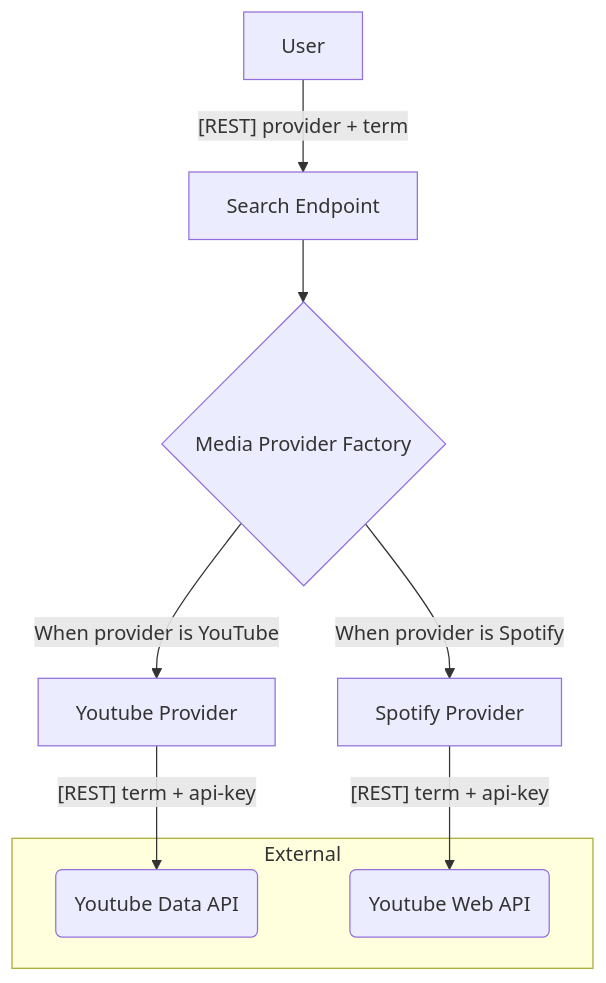
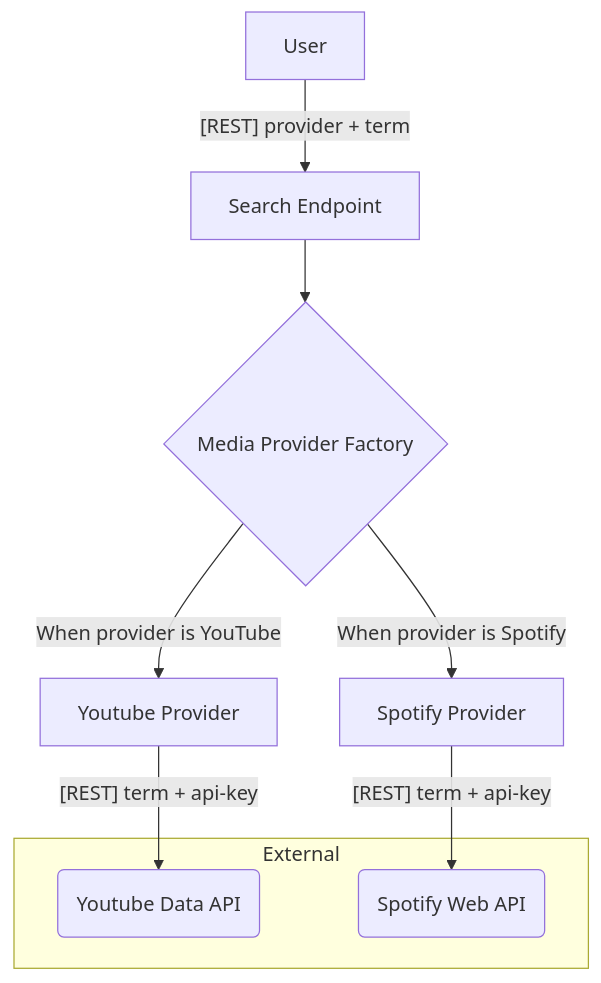
Before and after one commit to thaua/media-search-service: the diagram in README.md, drawn with Mermaid. The commit also changed other lines of this file, not shown here.

````diff
--- a/README.md
+++ b/README.md
@@ -27,20 +27,20 @@
 ```mermaid
 flowchart TD
     USER[User]
     ENDPOINT["Search Endpoint"]
     FACTORY{Media Provider Factory}
     YT_PROVIDER[Youtube Provider]
     SF_PROVIDER[Spotify Provider]
 
     subgraph External
         YT_API(Youtube Data API)
-        SF_API(Youtube Web API)
+        SF_API(Spotify Web API)
     end
 
     USER -->|"[REST] provider + term"| ENDPOINT
     ENDPOINT --> FACTORY
     FACTORY -->|When provider is YouTube| YT_PROVIDER
     FACTORY -->|When provider is Spotify| SF_PROVIDER
     YT_PROVIDER -->|"[REST] term + api-key"| YT_API
     SF_PROVIDER -->|"[REST] term + api-key"| SF_API
 ```
````
